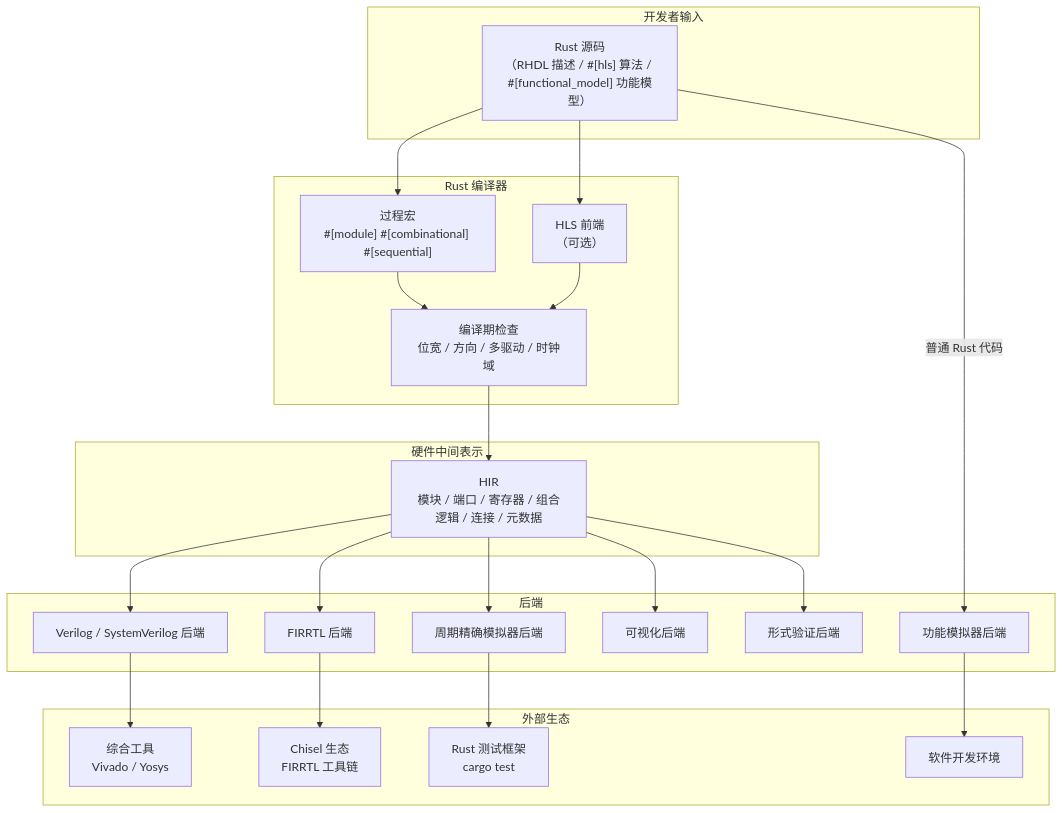
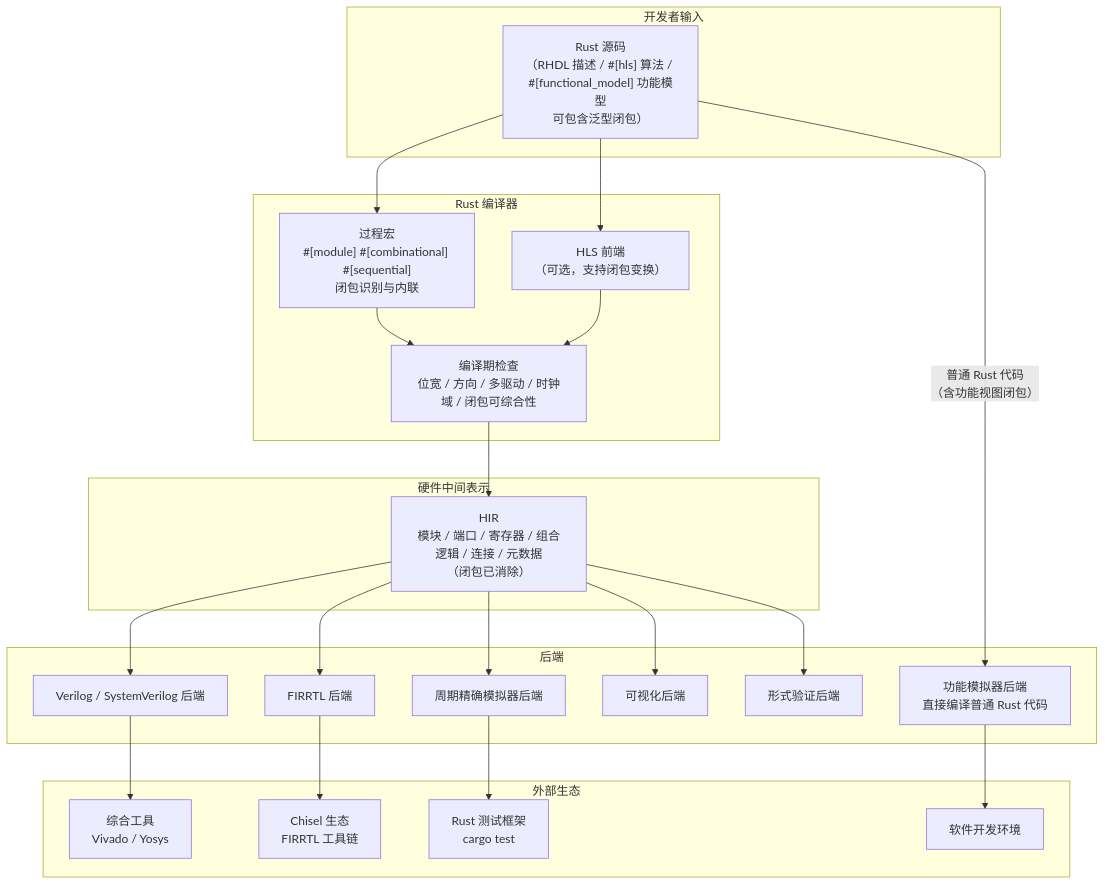
One commit to TangCan/bitloom changed the first of 18 diagrams in docs/requirements/4. 整体架构与工作流.md. Above: the diagram before and after it, drawn with Mermaid. The commit also changed other lines of this file and 17 other files, not shown here.

````diff
--- a/docs/requirements/4. 整体架构与工作流.md
+++ b/docs/requirements/4. 整体架构与工作流.md
@@ -9,49 +7,48 @@
 ```mermaid
 flowchart TB
     subgraph 开发者输入
-        SRC["Rust 源码<br>（RHDL 描述 / #[hls] 算法 / #[functional_model] 功能模型）"]
+        SRC["Rust 源码<br>（RHDL 描述 / #[hls] 算法 / #[functional_model] 功能模型<br>可包含泛型闭包）"]
     end
 
     subgraph Rust 编译器
-        MACRO["过程宏<br>#[module] #[combinational] #[sequential]"]
-        HLS[HLS 前端<br>（可选）]
-        CHECK[编译期检查<br>位宽 / 方向 / 多驱动 / 时钟域]
+        MACRO["过程宏<br>#[module] #[combinational] #[sequential]<br>闭包识别与内联"]
+        HLS[HLS 前端<br>（可选，支持闭包变换）]
+        CHECK[编译期检查<br>位宽 / 方向 / 多驱动 / 时钟域 / 闭包可综合性]
     end
 
     subgraph 硬件中间表示
-        HIR[HIR<br>模块 / 端口 / 寄存器 / 组合逻辑 / 连接 / 元数据]
+        HIR[HIR<br>模块 / 端口 / 寄存器 / 组合逻辑 / 连接 / 元数据<br>（闭包已消除）]
     end
 
     subgraph 后端
         VERILOG[Verilog / SystemVerilog 后端]
         FIRRTL[FIRRTL 后端]
         CSIM[周期精确模拟器后端]
-        FSIM[功能模拟器后端]
+        FSIM[功能模拟器后端<br>直接编译普通 Rust 代码]
         VIS[可视化后端]
         FM[形式验证后端]
     end
 
     subgraph 外部生态
         SYNTH[综合工具<br>Vivado / Yosys]
         CHISEL[Chisel 生态<br>FIRRTL 工具链]
         TEST[Rust 测试框架<br>cargo test]
         SW[软件开发环境]
     end
 
     SRC --> MACRO
     SRC --> HLS
-    SRC -->|普通 Rust 代码| FSIM
+    SRC -->|普通 Rust 代码<br>（含功能视图闭包）| FSIM
     MACRO --> CHECK
     HLS --> CHECK
     CHECK --> HIR
     HIR --> VERILOG
     HIR --> FIRRTL
     HIR --> CSIM
     HIR --> VIS
     HIR --> FM
     VERILOG --> SYNTH
     FIRRTL --> CHISEL
     CSIM --> TEST
     FSIM --> SW
-
 ```
````
